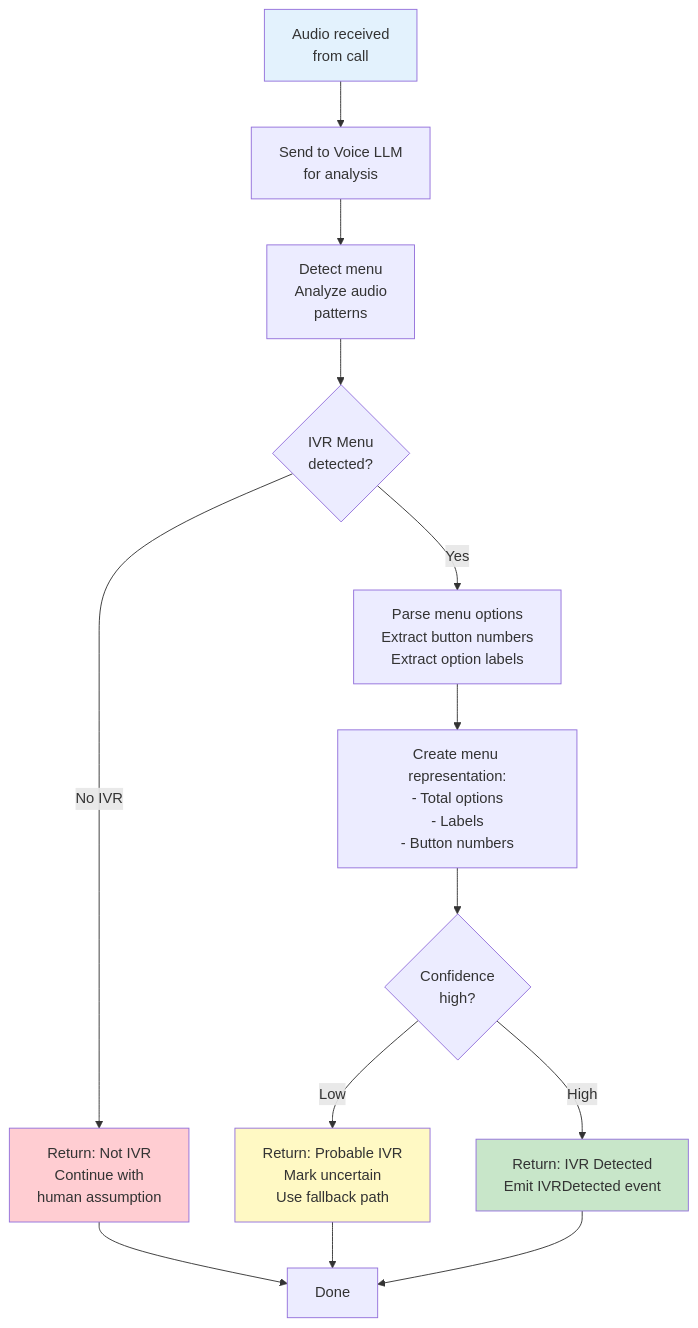
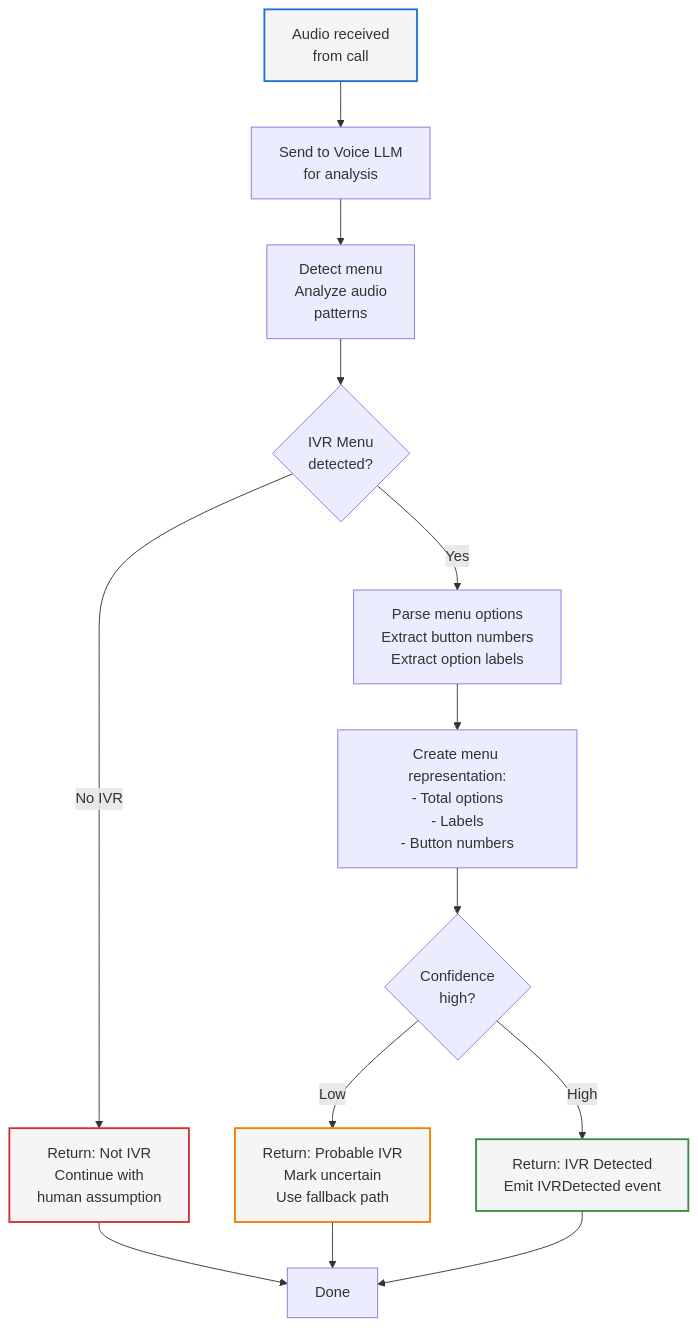
One commit to Org-for-Folio-AI/FolioAISpecs changed the first of 2 diagrams in design/components/04-IVR-Navigator.md. Above: the diagram before and after it, drawn with Mermaid. The commit also changed other lines of this file and 11 other files, not shown here.

First line of the commit message:
Update mermaid diagram colors for dark and light mode compatibility

````diff
--- a/design/components/04-IVR-Navigator.md
+++ b/design/components/04-IVR-Navigator.md
@@ -53,29 +53,29 @@
 ```mermaid
 flowchart TD
     Start["Audio received<br/>from call"] --> LoadVoice["Send to Voice LLM<br/>for analysis"]
 
     LoadVoice --> DetectMenu["Detect menu<br/>Analyze audio<br/>patterns"]
 
     DetectMenu --> IVRCheck{IVR Menu<br/>detected?}
 
     IVRCheck -->|No IVR| Return["Return: Not IVR<br/>Continue with<br/>human assumption"]
 
     IVRCheck -->|Yes| ParseOptions["Parse menu options<br/>Extract button numbers<br/>Extract option labels"]
 
     ParseOptions --> Menu["Create menu representation:<br/>- Total options<br/>- Labels<br/>- Button numbers"]
 
     Menu --> Confidence{Confidence<br/>high?}
 
     Confidence -->|Low| Fallback["Return: Probable IVR<br/>Mark uncertain<br/>Use fallback path"]
 
     Confidence -->|High| Success["Return: IVR Detected<br/>Emit IVRDetected event"]
 
     Return --> Done["Done"]
     Fallback --> Done
     Success --> Done
 
-    style Start fill:#e3f2fd
-    style Success fill:#c8e6c9
-    style Fallback fill:#fff9c4
-    style Return fill:#ffcdd2
+    style Start stroke:#1976d2,fill:#f5f5f5,stroke-width:2px
+    style Success stroke:#388e3c,fill:#f5f5f5,stroke-width:2px
+    style Fallback stroke:#f57c00,fill:#f5f5f5,stroke-width:2px
+    style Return stroke:#d32f2f,fill:#f5f5f5,stroke-width:2px
 ```
````
